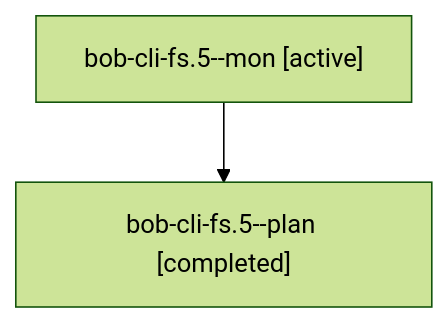
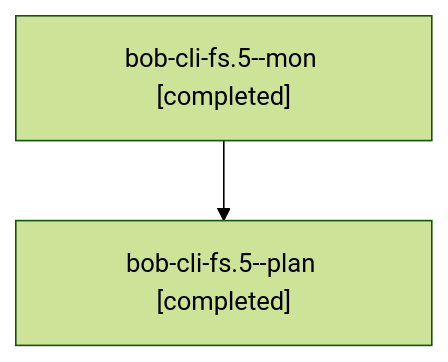
One commit to bobs-org/bob-cli--agents changed the diagram in sessions/bbugyi200.athena.bob-cli-fs.5.md. Above: the diagram before and after it, drawn with Mermaid (forest theme). The commit also changed other lines of this file and 88 other files, not shown here.

````diff
--- a/sessions/bbugyi200.athena.bob-cli-fs.5.md
+++ b/sessions/bbugyi200.athena.bob-cli-fs.5.md
@@ -9,6 +9,6 @@
 ```mermaid
 flowchart TD
-  n0["bob-cli-fs.5--mon [active]"]
+  n0["bob-cli-fs.5--mon [completed]"]
   n1["bob-cli-fs.5--plan [completed]"]
   n0 --> n1
 ```
````
